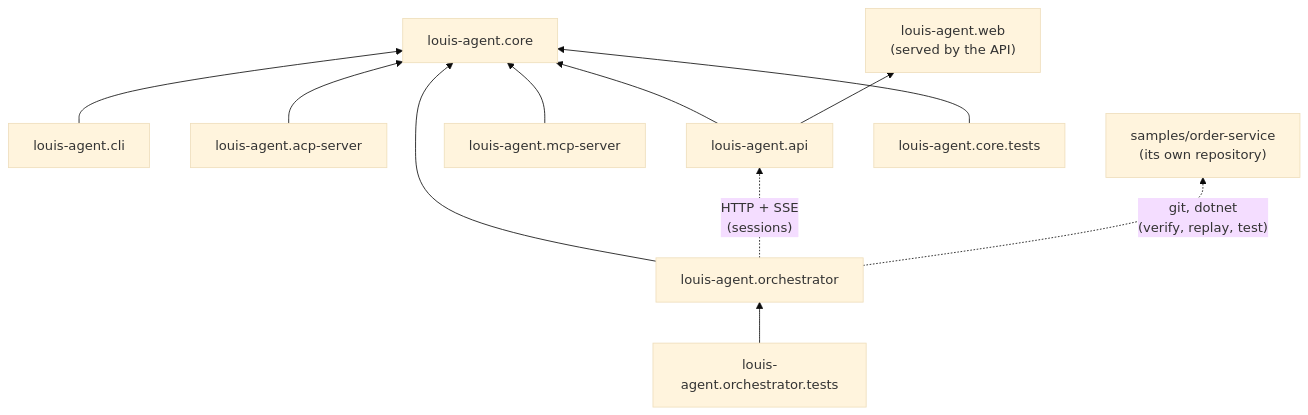
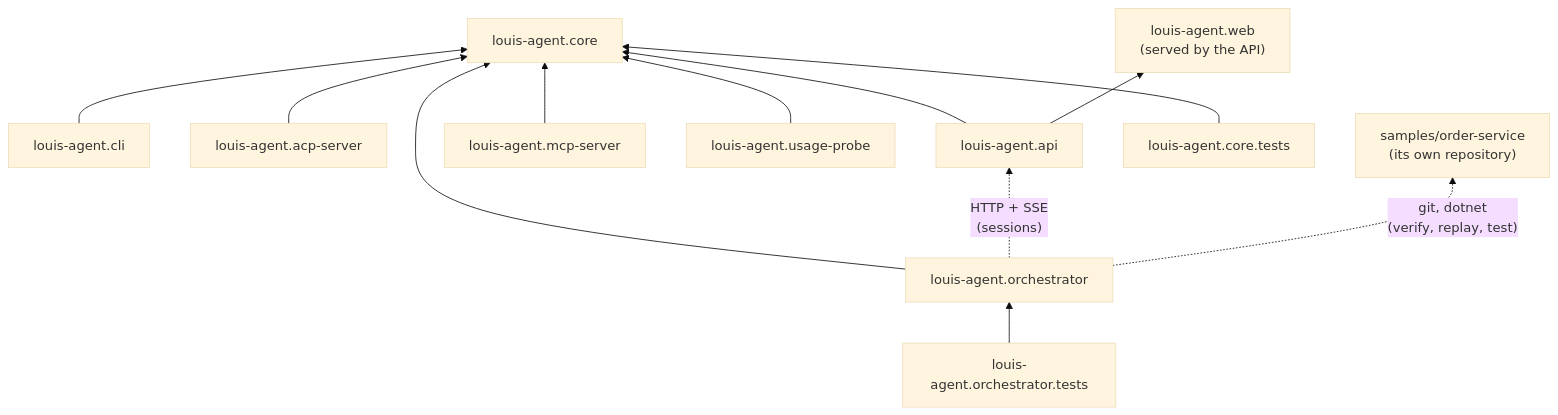
Before and after one commit to bosbevk/louis-agent: the diagram in docs/projects/README.md, drawn with Mermaid (base theme). The commit also changed other lines of this file and 8 other files, not shown here.

First line of the commit message:
feat(tools): usage probe; measure what Ollama reports (F1 step 4b)

````diff
--- a/docs/projects/README.md
+++ b/docs/projects/README.md
@@ -23,14 +24,15 @@
 ```mermaid
 flowchart BT
     Core["louis-agent.core"]
     CLI["louis-agent.cli"] --> Core
     ACP["louis-agent.acp-server"] --> Core
     API["louis-agent.api"] --> Core
     API --> Web["louis-agent.web<br/>(served by the API)"]
     MCP["louis-agent.mcp-server"] --> Core
     Orch["louis-agent.orchestrator"] --> Core
+    Probe["louis-agent.usage-probe"] --> Core
     Orch -. "HTTP + SSE<br/>(sessions)" .-> API
     Orch -. "git, dotnet<br/>(verify, replay, test)" .-> Svc["samples/order-service<br/>(its own repository)"]
     CoreTests["louis-agent.core.tests"] --> Core
     OrchTests["louis-agent.orchestrator.tests"] --> Orch
 ```
````
